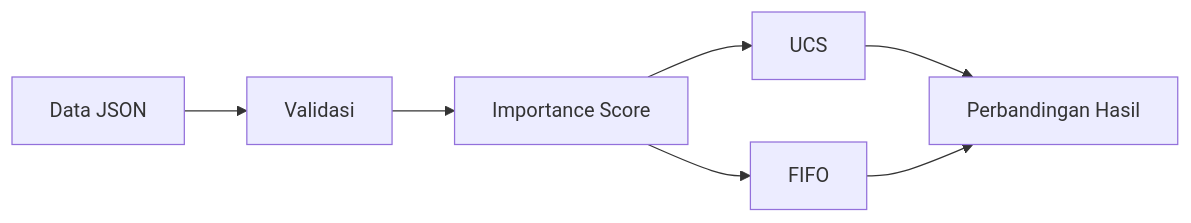
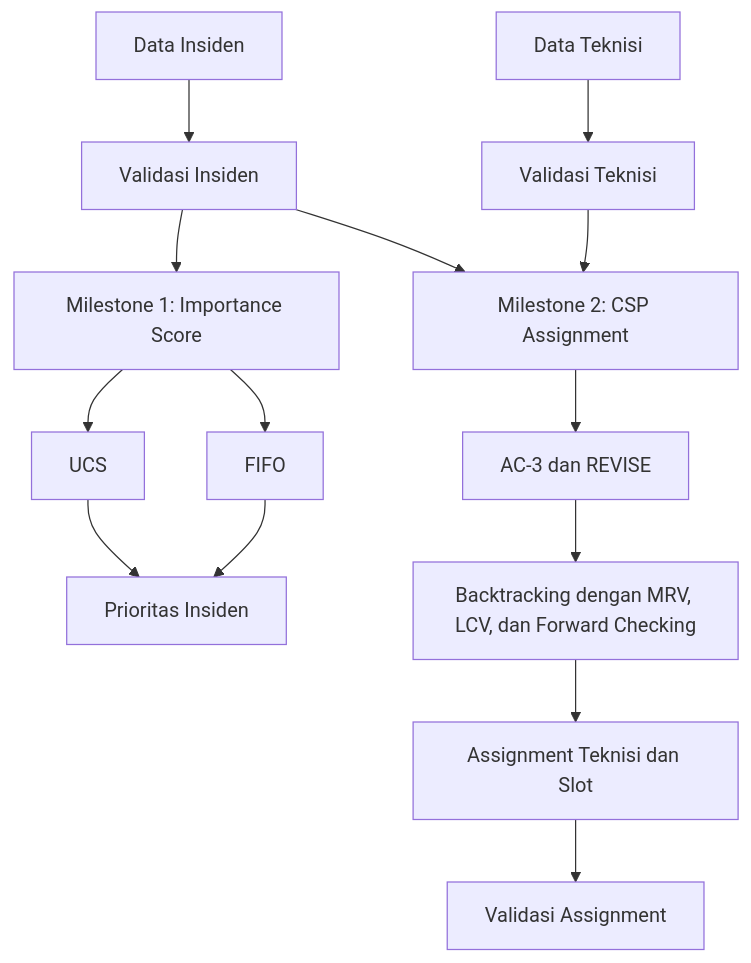
One commit to RonyPangaribuan/Proyek-Certan changed the diagram in README.md. Above: the diagram before and after it, drawn with Mermaid. The commit also changed other lines of this file, not shown here.

Commit message:
feat: update README to reflect Milestone 2 completion and CSP implementation details

````diff
--- a/README.md
+++ b/README.md
@@ -51,9 +38,17 @@
 ```mermaid
-flowchart LR
-    A[Data JSON] --> B[Validasi]
-    B --> C[Importance Score]
+flowchart TD
+    A[Data Insiden] --> B[Validasi Insiden]
+    B --> C[Milestone 1: Importance Score]
     C --> D[UCS]
     C --> E[FIFO]
-    D --> F[Perbandingan Hasil]
+    D --> F[Prioritas Insiden]
     E --> F
+
+    B --> G[Milestone 2: CSP Assignment]
+    H[Data Teknisi] --> I[Validasi Teknisi]
+    I --> G
+    G --> J[AC-3 dan REVISE]
+    J --> K[Backtracking dengan MRV, LCV, dan Forward Checking]
+    K --> L[Assignment Teknisi dan Slot]
+    L --> M[Validasi Assignment]
 ```
````
